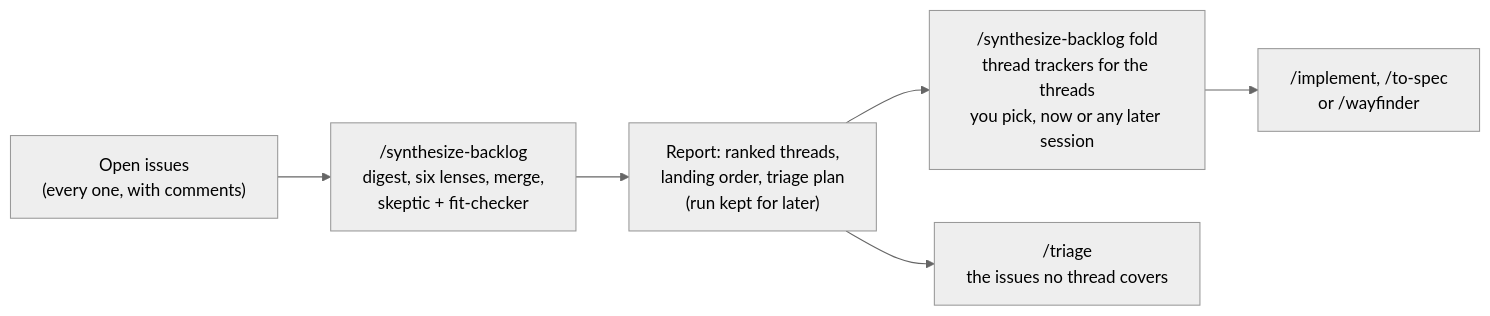
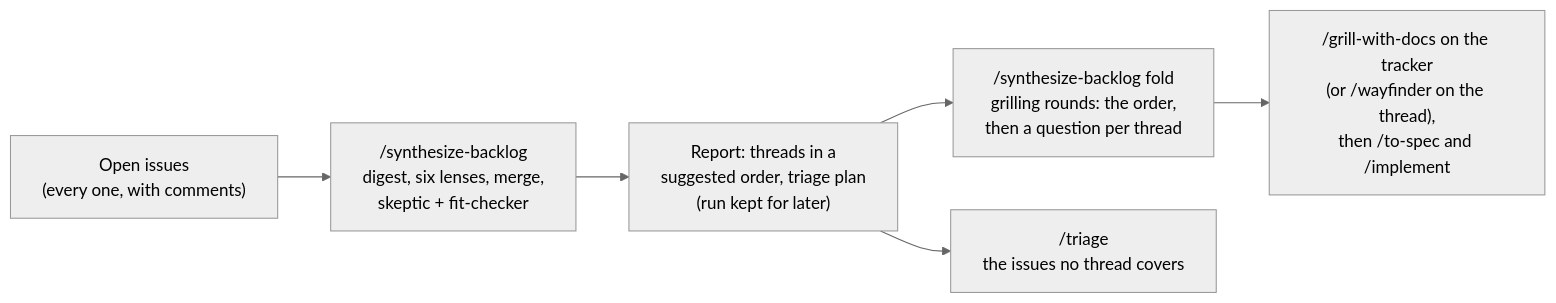
One commit to jrey8343/skills changed the sixth of 6 diagrams in docs/WORKFLOWS.md. Above: the diagram before and after it, drawn with Mermaid (neutral theme). The commit also changed other lines of this file and 9 other files, not shown here.

Commit message:
synthesize-backlog: keep the user in the loop when folding (#5)

````diff
--- a/docs/WORKFLOWS.md
+++ b/docs/WORKFLOWS.md
@@ -94,8 +94,8 @@
 ```mermaid
 flowchart LR
   BL["Open issues<br/>(every one, with comments)"] --> SB["/synthesize-backlog<br/>digest, six lenses, merge,<br/>skeptic + fit-checker"]
-  SB --> REP["Report: ranked threads,<br/>landing order, triage plan<br/>(run kept for later)"]
-  REP --> TRK["/synthesize-backlog fold<br/>thread trackers for the threads<br/>you pick, now or any later session"]
-  TRK --> ENTRY["/implement, /to-spec<br/>or /wayfinder"]
+  SB --> REP["Report: threads in a<br/>suggested order, triage plan<br/>(run kept for later)"]
+  REP --> TRK["/synthesize-backlog fold<br/>grilling rounds: the order,<br/>then a question per thread"]
+  TRK --> ENTRY["/grill-with-docs on the tracker<br/>(or /wayfinder on the thread),<br/>then /to-spec and /implement"]
   REP --> TRI["/triage<br/>the issues no thread covers"]
 ```
````
